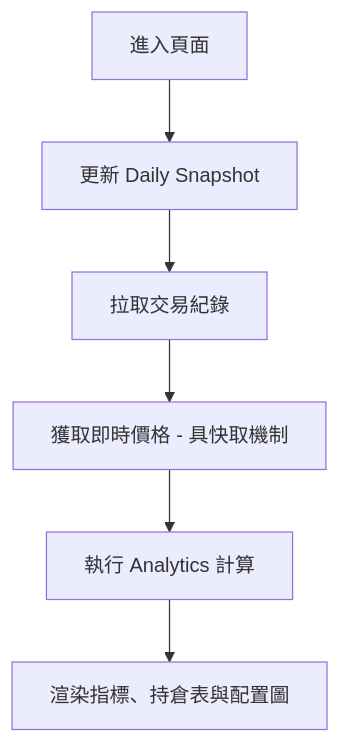
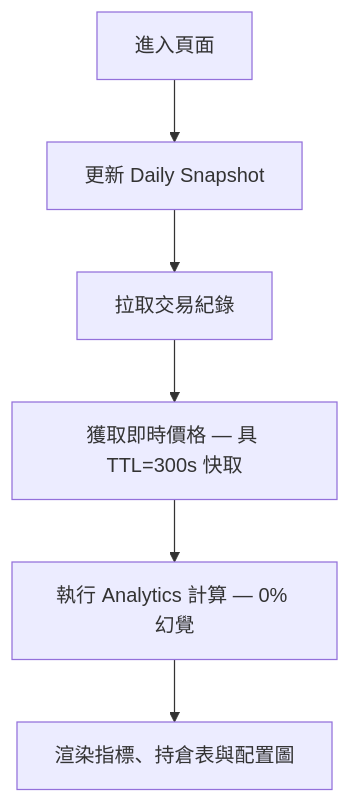
One commit to neohsiung/AI-Investment-Advisor changed the second of 3 diagrams in wiki/03_開發者指南-Developer_Guide/前端架構與UX層-Frontend-UX-Layer.md. Above: the diagram before and after it, drawn with Mermaid. The commit also changed other lines of this file and 29 other files, not shown here.

````diff
--- a/wiki/03_開發者指南-Developer_Guide/前端架構與UX層-Frontend-UX-Layer.md
+++ b/wiki/03_開發者指南-Developer_Guide/前端架構與UX層-Frontend-UX-Layer.md
@@ -21,8 +64,8 @@
 ```mermaid
 graph TD
     Load[進入頁面] --> Sync[更新 Daily Snapshot]
     Sync --> FetchTx[拉取交易紀錄]
-    FetchTx --> Mkt[獲取即時價格 - 具快取機制]
-    Mkt --> Calc[執行 Analytics 計算]
+    FetchTx --> Mkt[獲取即時價格 — 具 TTL=300s 快取]
+    Mkt --> Calc[執行 Analytics 計算 — 0% 幻覺]
     Calc --> Render[渲染指標、持倉表與配置圖]
 ```
````
